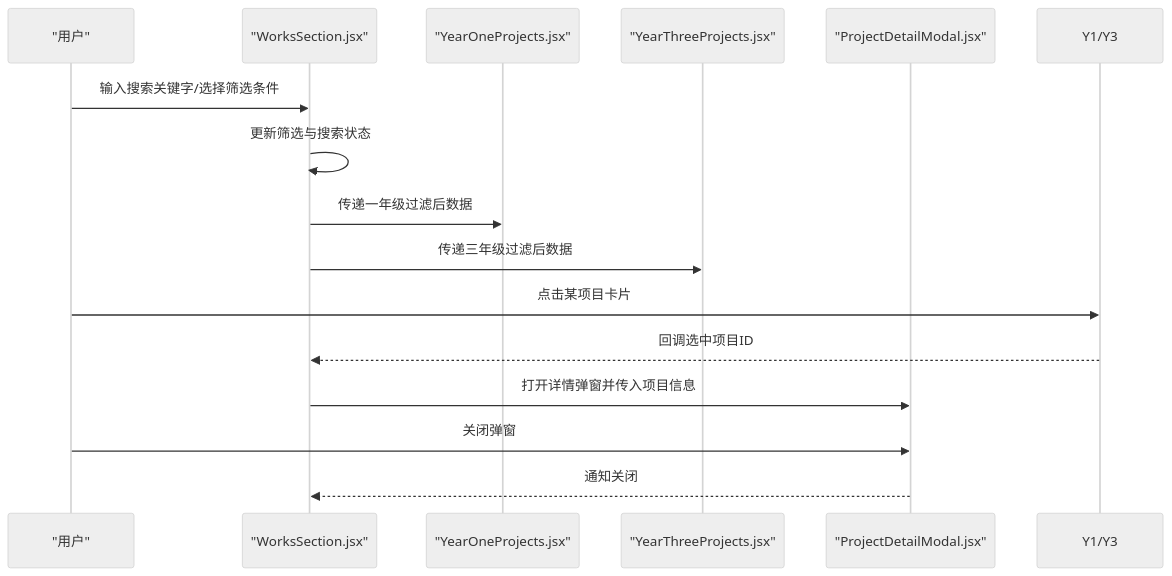
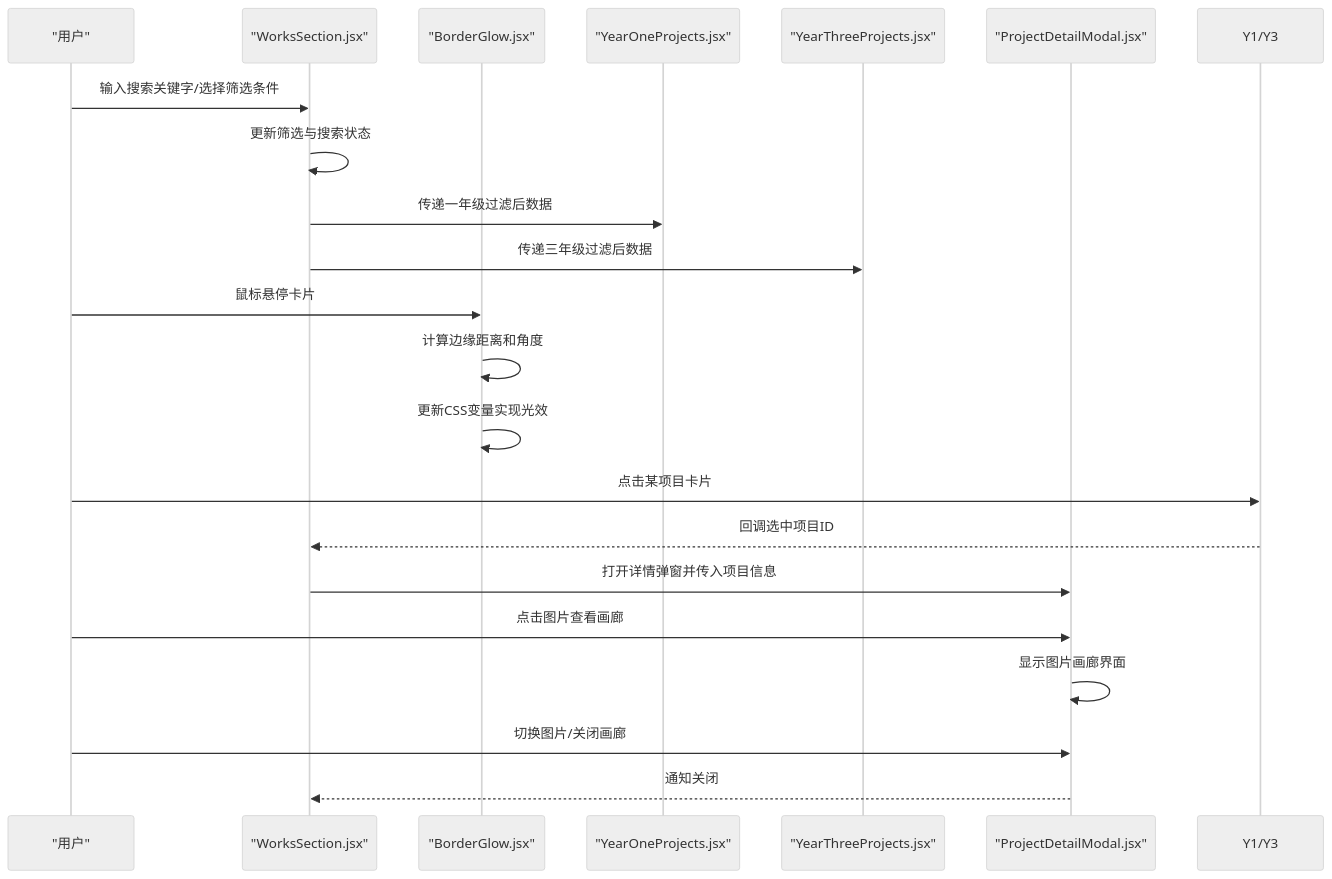
Before and after one commit to lithos666/lithos666.github.io: the second of 4 diagrams in .qoder/repowiki/zh/content/核心功能模块/作品展示组件/作品展示主组件.md, drawn with Mermaid (neutral theme). The commit also changed other lines of this file and 51 other files, not shown here.

````diff
--- a/.qoder/repowiki/zh/content/核心功能模块/作品展示组件/作品展示主组件.md
+++ b/.qoder/repowiki/zh/content/核心功能模块/作品展示组件/作品展示主组件.md
@@ -106,17 +126,23 @@
 ```mermaid
 sequenceDiagram
 participant U as "用户"
 participant WS as "WorksSection.jsx"
+participant BG as "BorderGlow.jsx"
 participant Y1 as "YearOneProjects.jsx"
 participant Y3 as "YearThreeProjects.jsx"
 participant PM as "ProjectDetailModal.jsx"
 U->>WS : 输入搜索关键字/选择筛选条件
 WS->>WS : 更新筛选与搜索状态
 WS->>Y1 : 传递一年级过滤后数据
 WS->>Y3 : 传递三年级过滤后数据
+U->>BG : 鼠标悬停卡片
+BG->>BG : 计算边缘距离和角度
+BG->>BG : 更新CSS变量实现光效
 U->>Y1/Y3 : 点击某项目卡片
 Y1/Y3-->>WS : 回调选中项目ID
 WS->>PM : 打开详情弹窗并传入项目信息
-U->>PM : 关闭弹窗
+U->>PM : 点击图片查看画廊
+PM->>PM : 显示图片画廊界面
+U->>PM : 切换图片/关闭画廊
 PM-->>WS : 通知关闭
 ```
````
